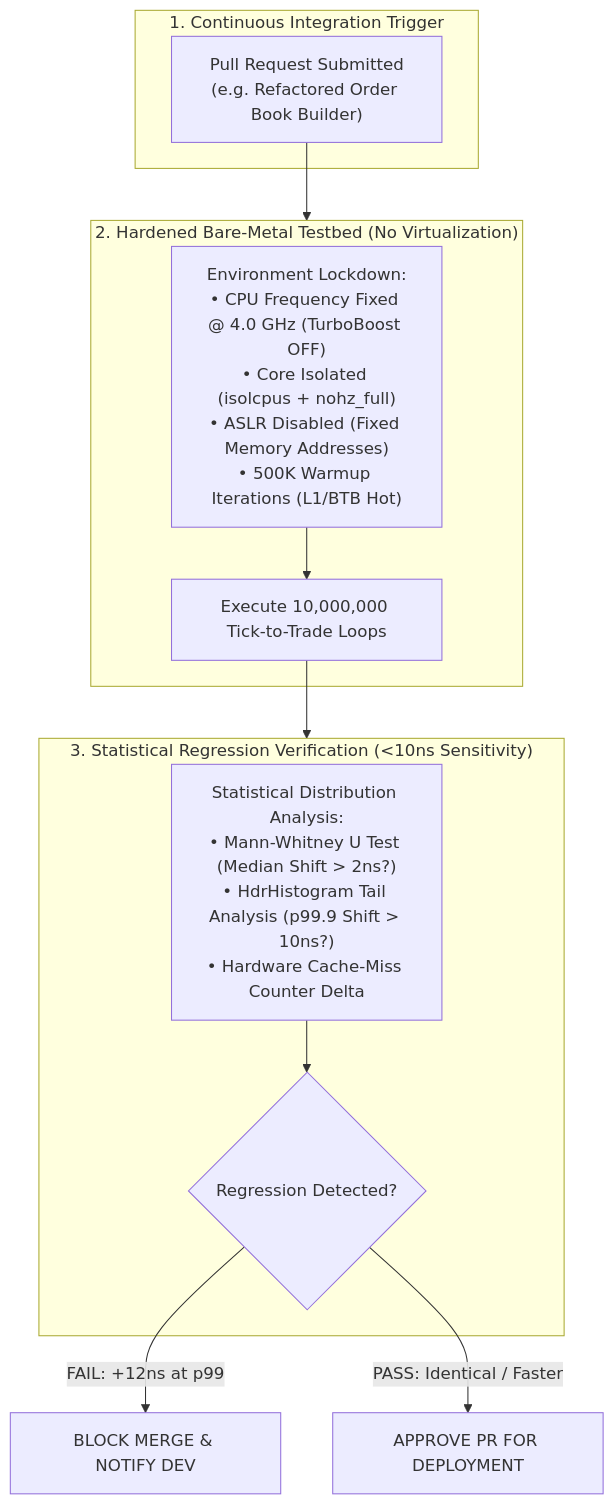
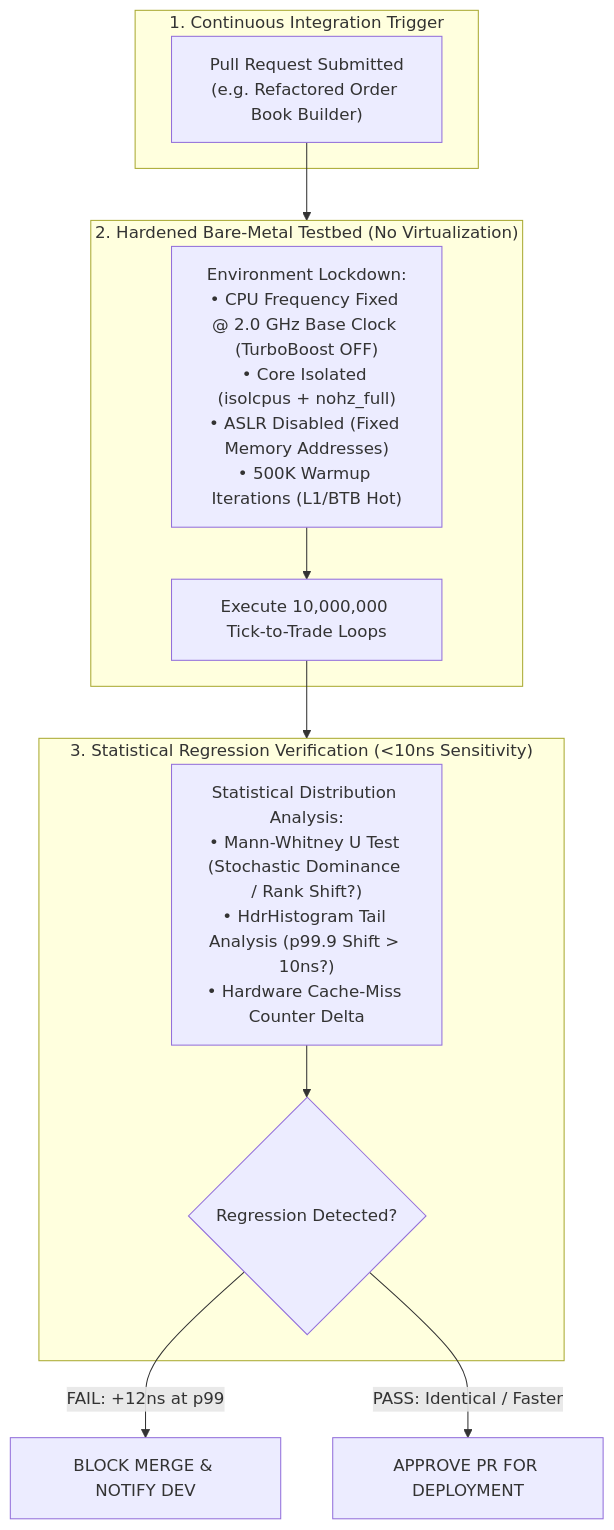
One commit to shreejitverma/SDE-Interview-Prep changed the diagram in 14-Low-Latency-Systems/13 - Reliability, Ops & Testing/Latency Regression Testing in Continuous Integration.md. Above: the diagram before and after it, drawn with Mermaid. The commit also changed other lines of this file and 422 other files, not shown here.

````diff
--- a/14-Low-Latency-Systems/13 - Reliability, Ops & Testing/Latency Regression Testing in Continuous Integration.md
+++ b/14-Low-Latency-Systems/13 - Reliability, Ops & Testing/Latency Regression Testing in Continuous Integration.md
@@ -29,24 +29,24 @@
 ```mermaid
 flowchart TD
     subgraph GitTrigger ["1. Continuous Integration Trigger"]
         PR["Pull Request Submitted\n(e.g. Refactored Order Book Builder)"]
     end
 
     subgraph BareMetalHarness ["2. Hardened Bare-Metal Testbed (No Virtualization)"]
-        ENV["Environment Lockdown:\n• CPU Frequency Fixed @ 4.0 GHz (TurboBoost OFF)\n• Core Isolated (isolcpus + nohz_full)\n• ASLR Disabled (Fixed Memory Addresses)\n• 500K Warmup Iterations (L1/BTB Hot)"]
+        ENV["Environment Lockdown:\n• CPU Frequency Fixed @ 2.0 GHz Base Clock (TurboBoost OFF)\n• Core Isolated (isolcpus + nohz_full)\n• ASLR Disabled (Fixed Memory Addresses)\n• 500K Warmup Iterations (L1/BTB Hot)"]
         RUN["Execute 10,000,000 Tick-to-Trade Loops"]
         ENV --> RUN
     end
 
     subgraph StatisticalGate ["3. Statistical Regression Verification (<10ns Sensitivity)"]
-        STAT["Statistical Distribution Analysis:\n• Mann-Whitney U Test (Median Shift > 2ns?)\n• HdrHistogram Tail Analysis (p99.9 Shift > 10ns?)\n• Hardware Cache-Miss Counter Delta"]
+        STAT["Statistical Distribution Analysis:\n• Mann-Whitney U Test (Stochastic Dominance / Rank Shift?)\n• HdrHistogram Tail Analysis (p99.9 Shift > 10ns?)\n• Hardware Cache-Miss Counter Delta"]
         DEC{"Regression Detected?"}
         
         STAT --> DEC
     end
 
     PR --> BareMetalHarness
     RUN --> StatisticalGate
     DEC -->|FAIL: +12ns at p99| BLOCK["BLOCK MERGE & NOTIFY DEV"]
     DEC -->|PASS: Identical / Faster| PASS["APPROVE PR FOR DEPLOYMENT"]
 ```
````
